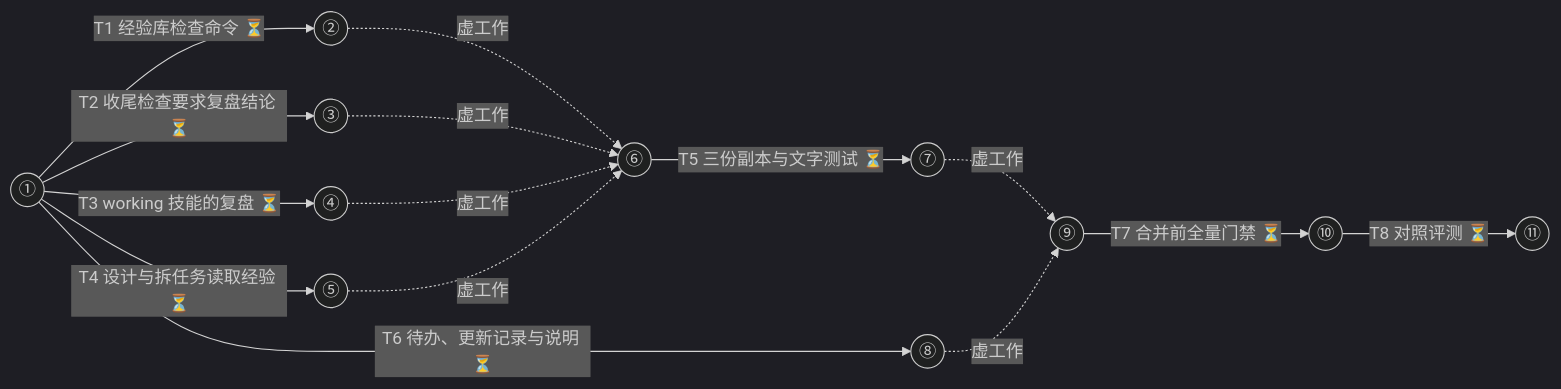
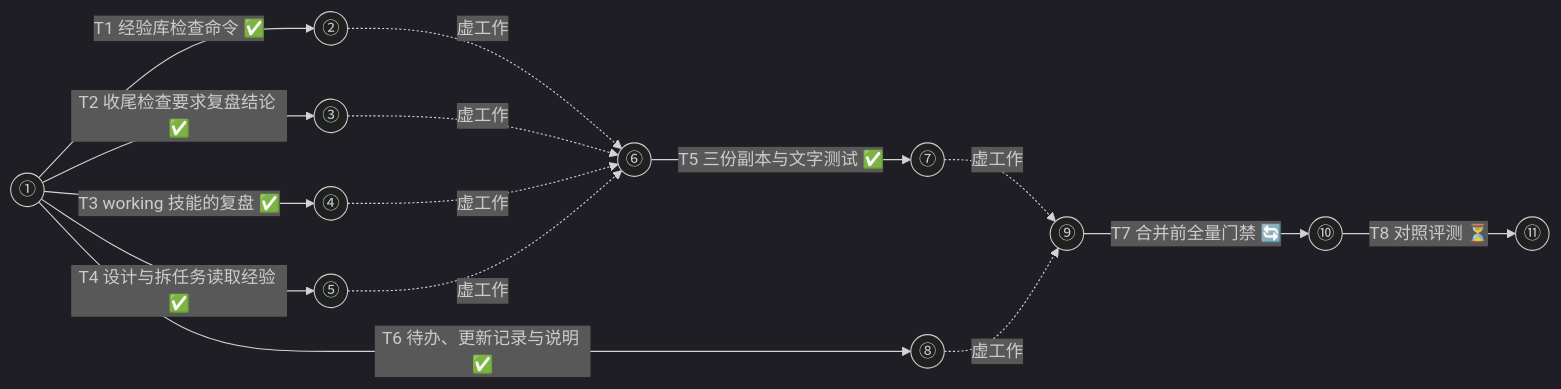
One commit to biuayi/miniplan-skills changed the diagram in docs/miniplan/2026-10-24-lessons-plan.md. Above: the diagram before and after it, drawn with Mermaid (dark theme). The commit also changed other lines of this file, not shown here.

Commit message:
任务手册记录前六项完成

````diff
--- a/docs/miniplan/2026-10-24-lessons-plan.md
+++ b/docs/miniplan/2026-10-24-lessons-plan.md
@@ -22,17 +22,17 @@
 ```mermaid
 flowchart LR
-  E1((①)) -->|"T1 经验库检查命令 ⏳"| E2((②))
-  E1 -->|"T2 收尾检查要求复盘结论 ⏳"| E3((③))
-  E1 -->|"T3 working 技能的复盘 ⏳"| E4((④))
-  E1 -->|"T4 设计与拆任务读取经验 ⏳"| E5((⑤))
-  E1 -->|"T6 待办、更新记录与说明 ⏳"| E8((⑧))
+  E1((①)) -->|"T1 经验库检查命令 ✅"| E2((②))
+  E1 -->|"T2 收尾检查要求复盘结论 ✅"| E3((③))
+  E1 -->|"T3 working 技能的复盘 ✅"| E4((④))
+  E1 -->|"T4 设计与拆任务读取经验 ✅"| E5((⑤))
+  E1 -->|"T6 待办、更新记录与说明 ✅"| E8((⑧))
   E2 -.->|"虚工作"| E6((⑥))
   E3 -.->|"虚工作"| E6
   E4 -.->|"虚工作"| E6
   E5 -.->|"虚工作"| E6
-  E6 -->|"T5 三份副本与文字测试 ⏳"| E7((⑦))
+  E6 -->|"T5 三份副本与文字测试 ✅"| E7((⑦))
   E7 -.->|"虚工作"| E9((⑨))
   E8 -.->|"虚工作"| E9
-  E9 -->|"T7 合并前全量门禁 ⏳"| E10((⑩))
+  E9 -->|"T7 合并前全量门禁 🔄"| E10((⑩))
   E10 -->|"T8 对照评测 ⏳"| E11((⑪))
 ```
````
